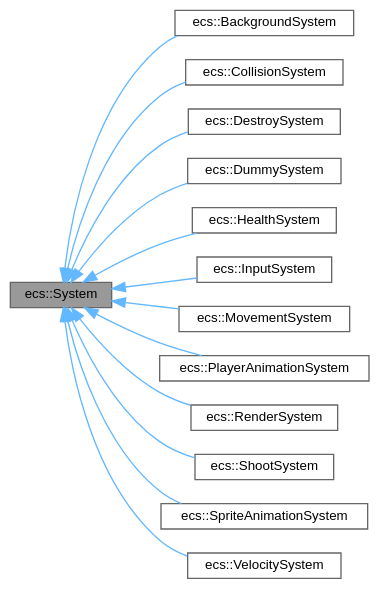
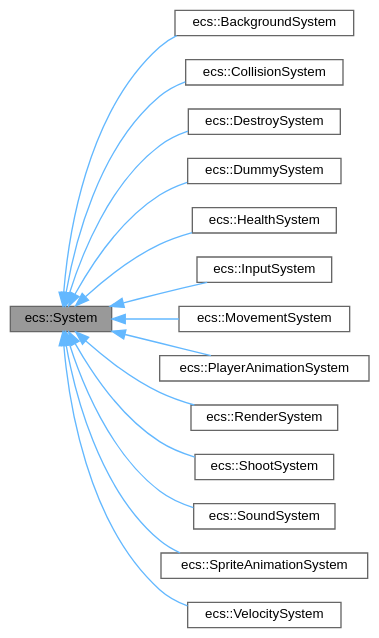
Before and after one commit to Houpsi/R-Type: the diagram in classecs_1_1System__inherit__graph.dot, drawn with Graphviz. The commit also changed 318 other files, not shown here.

```diff
--- a/classecs_1_1System__inherit__graph.dot
+++ b/classecs_1_1System__inherit__graph.dot
@@ -1,33 +1,35 @@
 digraph "ecs::System"
 {
  // LATEX_PDF_SIZE
   bgcolor="transparent";
   edge [fontname=Helvetica,fontsize=10,labelfontname=Helvetica,labelfontsize=10];
   node [fontname=Helvetica,fontsize=10,shape=box,height=0.2,width=0.4];
   rankdir="LR";
   Node1 [id="Node000001",label="ecs::System",height=0.2,width=0.4,color="gray40", fillcolor="grey60", style="filled", fontcolor="black",tooltip=" "];
   Node1 -> Node2 [id="edge1_Node000001_Node000002",dir="back",color="steelblue1",style="solid",tooltip=" "];
   Node2 [id="Node000002",label="ecs::BackgroundSystem",height=0.2,width=0.4,color="gray40", fillcolor="white", style="filled",URL="$classecs_1_1BackgroundSystem.html",tooltip="System responsible for the infinite scrolling logic of the background."];
   Node1 -> Node3 [id="edge2_Node000001_Node000003",dir="back",color="steelblue1",style="solid",tooltip=" "];
   Node3 [id="Node000003",label="ecs::CollisionSystem",height=0.2,width=0.4,color="gray40", fillcolor="white", style="filled",URL="$classecs_1_1CollisionSystem.html",tooltip=" "];
   Node1 -> Node4 [id="edge3_Node000001_Node000004",dir="back",color="steelblue1",style="solid",tooltip=" "];
   Node4 [id="Node000004",label="ecs::DestroySystem",height=0.2,width=0.4,color="gray40", fillcolor="white", style="filled",URL="$classecs_1_1DestroySystem.html",tooltip=" "];
   Node1 -> Node5 [id="edge4_Node000001_Node000005",dir="back",color="steelblue1",style="solid",tooltip=" "];
   Node5 [id="Node000005",label="ecs::DummySystem",height=0.2,width=0.4,color="gray40", fillcolor="white", style="filled",URL="$classecs_1_1DummySystem.html",tooltip=" "];
   Node1 -> Node6 [id="edge5_Node000001_Node000006",dir="back",color="steelblue1",style="solid",tooltip=" "];
   Node6 [id="Node000006",label="ecs::HealthSystem",height=0.2,width=0.4,color="gray40", fillcolor="white", style="filled",URL="$classecs_1_1HealthSystem.html",tooltip=" "];
   Node1 -> Node7 [id="edge6_Node000001_Node000007",dir="back",color="steelblue1",style="solid",tooltip=" "];
   Node7 [id="Node000007",label="ecs::InputSystem",height=0.2,width=0.4,color="gray40", fillcolor="white", style="filled",URL="$classecs_1_1InputSystem.html",tooltip=" "];
   Node1 -> Node8 [id="edge7_Node000001_Node000008",dir="back",color="steelblue1",style="solid",tooltip=" "];
   Node8 [id="Node000008",label="ecs::MovementSystem",height=0.2,width=0.4,color="gray40", fillcolor="white", style="filled",URL="$classecs_1_1MovementSystem.html",tooltip=" "];
   Node1 -> Node9 [id="edge8_Node000001_Node000009",dir="back",color="steelblue1",style="solid",tooltip=" "];
   Node9 [id="Node000009",label="ecs::PlayerAnimationSystem",height=0.2,width=0.4,color="gray40", fillcolor="white", style="filled",URL="$classecs_1_1PlayerAnimationSystem.html",tooltip=" "];
   Node1 -> Node10 [id="edge9_Node000001_Node000010",dir="back",color="steelblue1",style="solid",tooltip=" "];
   Node10 [id="Node000010",label="ecs::RenderSystem",height=0.2,width=0.4,color="gray40", fillcolor="white", style="filled",URL="$classecs_1_1RenderSystem.html",tooltip=" "];
   Node1 -> Node11 [id="edge10_Node000001_Node000011",dir="back",color="steelblue1",style="solid",tooltip=" "];
   Node11 [id="Node000011",label="ecs::ShootSystem",height=0.2,width=0.4,color="gray40", fillcolor="white", style="filled",URL="$classecs_1_1ShootSystem.html",tooltip=" "];
   Node1 -> Node12 [id="edge11_Node000001_Node000012",dir="back",color="steelblue1",style="solid",tooltip=" "];
-  Node12 [id="Node000012",label="ecs::SpriteAnimationSystem",height=0.2,width=0.4,color="gray40", fillcolor="white", style="filled",URL="$classecs_1_1SpriteAnimationSystem.html",tooltip=" "];
+  Node12 [id="Node000012",label="ecs::SoundSystem",height=0.2,width=0.4,color="gray40", fillcolor="white", style="filled",URL="$classecs_1_1SoundSystem.html",tooltip=" "];
   Node1 -> Node13 [id="edge12_Node000001_Node000013",dir="back",color="steelblue1",style="solid",tooltip=" "];
-  Node13 [id="Node000013",label="ecs::VelocitySystem",height=0.2,width=0.4,color="gray40", fillcolor="white", style="filled",URL="$classecs_1_1VelocitySystem.html",tooltip=" "];
+  Node13 [id="Node000013",label="ecs::SpriteAnimationSystem",height=0.2,width=0.4,color="gray40", fillcolor="white", style="filled",URL="$classecs_1_1SpriteAnimationSystem.html",tooltip=" "];
+  Node1 -> Node14 [id="edge13_Node000001_Node000014",dir="back",color="steelblue1",style="solid",tooltip=" "];
+  Node14 [id="Node000014",label="ecs::VelocitySystem",height=0.2,width=0.4,color="gray40", fillcolor="white", style="filled",URL="$classecs_1_1VelocitySystem.html",tooltip=" "];
 }
```
